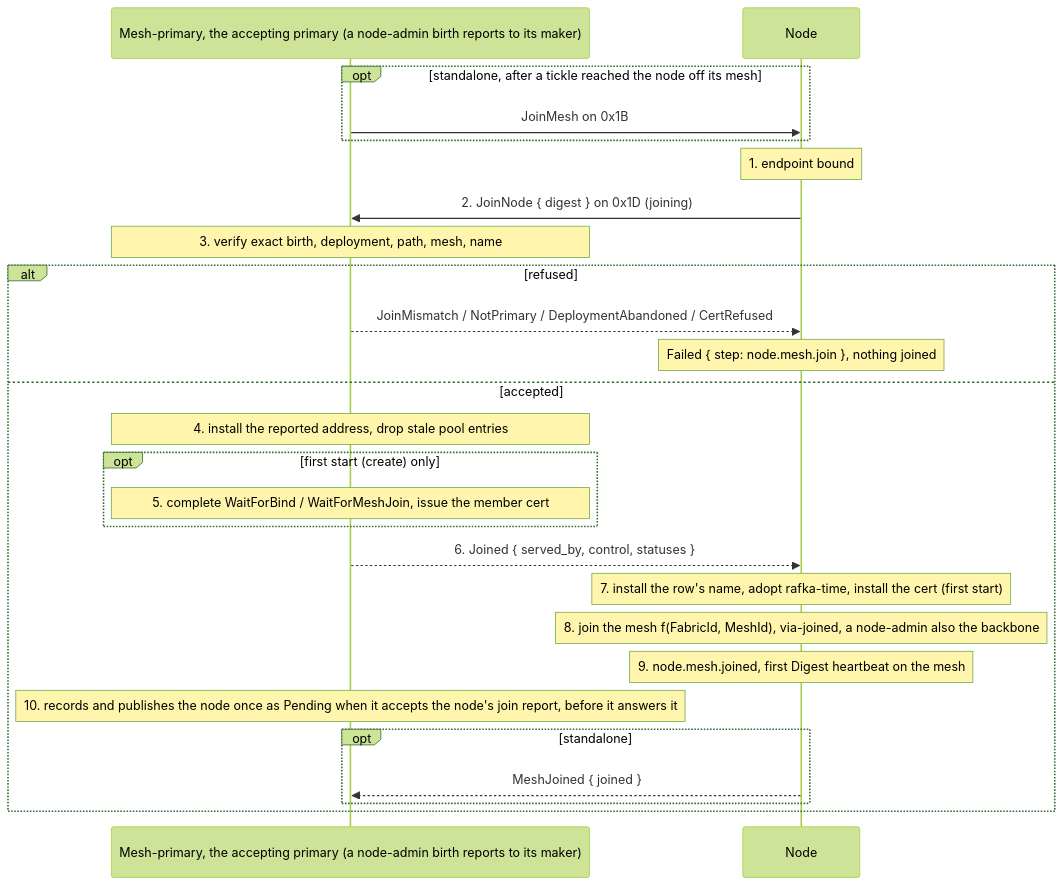
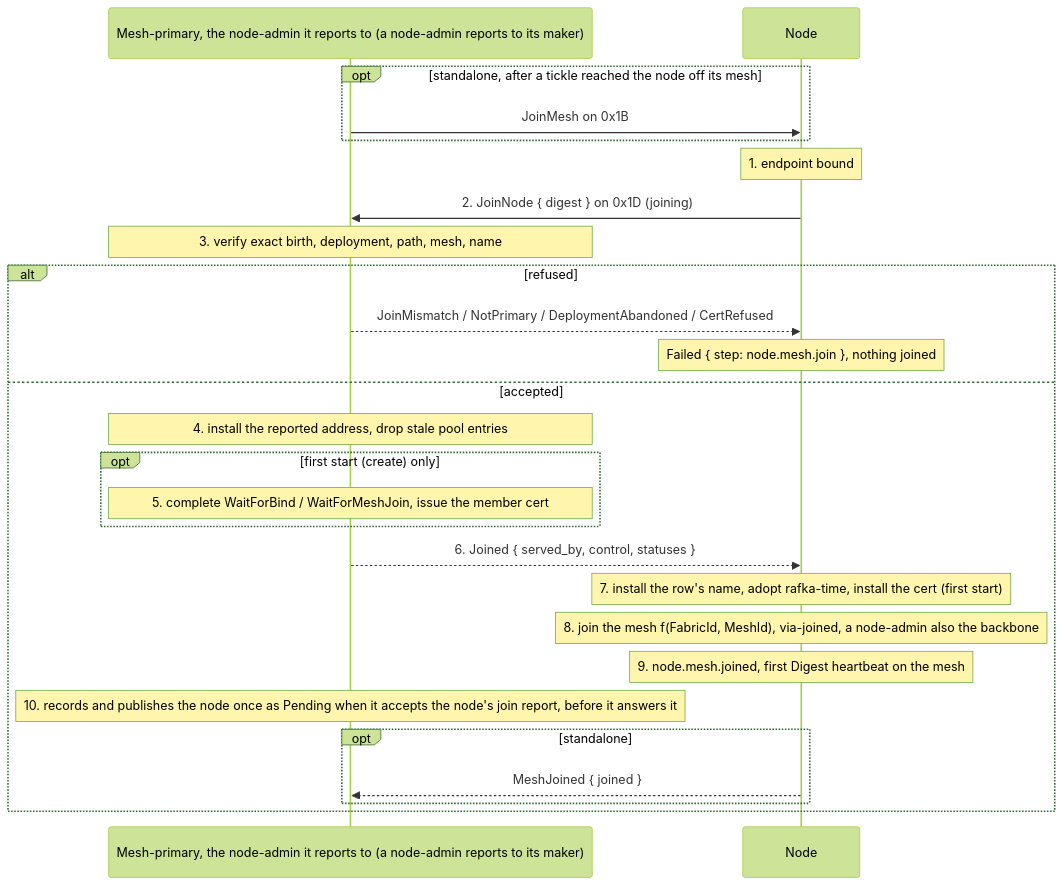
The diagram in docs/architecture/lifecycles/node-mesh-join.md (drlukeangel/rust-distributed-mesh), drawn with Mermaid (forest theme) before and after one commit. The commit also changed other lines of this file and 5 other files, not shown here.

Commit message:
docs(architecture, rdm#313): mesh-delete, fabric-delete, node-mesh-join, node-create, node-recovery, node-mesh-leave in final state: step events not receipts, no attempt on the wire, a failed step ends its section (Q344, Q346), no accepting primary

````diff
--- a/docs/architecture/lifecycles/node-mesh-join.md
+++ b/docs/architecture/lifecycles/node-mesh-join.md
@@ -227,28 +227,28 @@
 ```mermaid
 sequenceDiagram
-    participant M as Mesh-primary, the accepting primary (a node-admin birth reports to its maker)
+    participant M as Mesh-primary, the node-admin it reports to (a node-admin reports to its maker)
     participant N as Node
     opt standalone, after a tickle reached the node off its mesh
         M->>N: JoinMesh on 0x1B
     end
     Note over N: 1. endpoint bound
     N->>M: 2. JoinNode { digest } on 0x1D (joining)
     Note over M: 3. verify exact birth, deployment, path, mesh, name
     alt refused
         M-->>N: JoinMismatch / NotPrimary / DeploymentAbandoned / CertRefused
         Note over N: Failed { step: node.mesh.join }, nothing joined
     else accepted
         Note over M: 4. install the reported address, drop stale pool entries
         opt first start (create) only
             Note over M: 5. complete WaitForBind / WaitForMeshJoin, issue the member cert
         end
         M-->>N: 6. Joined { served_by, control, statuses }
         Note over N: 7. install the row's name, adopt rafka-time, install the cert (first start)
         Note over N: 8. join the mesh f(FabricId, MeshId), via-joined, a node-admin also the backbone
         Note over N: 9. node.mesh.joined, first Digest heartbeat on the mesh
         Note over M: 10. records and publishes the node once as Pending when it accepts the node's join report, before it answers it
         opt standalone
             N-->>M: MeshJoined { joined }
         end
     end
 ```
````
